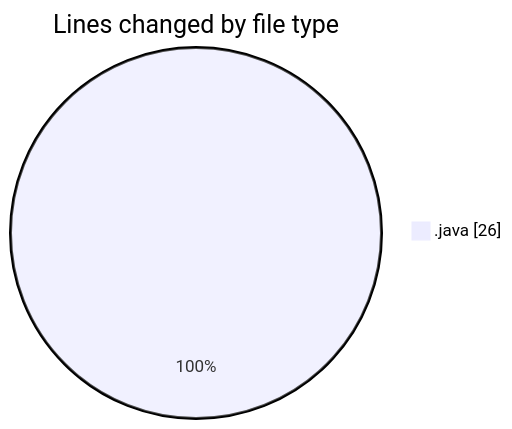
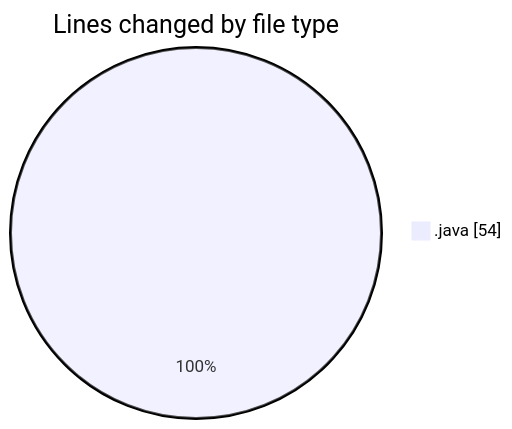
One commit to NitaiMahat/code-tracking changed the first of 2 diagrams in 2025-02-07/coding_prac_2/README.md. Above: the diagram before and after it, drawn with Mermaid. The commit also changed other lines of this file and 1 other file, not shown here.

````diff
--- a/2025-02-07/coding_prac_2/README.md
+++ b/2025-02-07/coding_prac_2/README.md
@@ -22,5 +22,5 @@
 ```mermaid
 pie showData
 title Lines changed by file type
-".java" : 26
+".java" : 54
 ```
````
